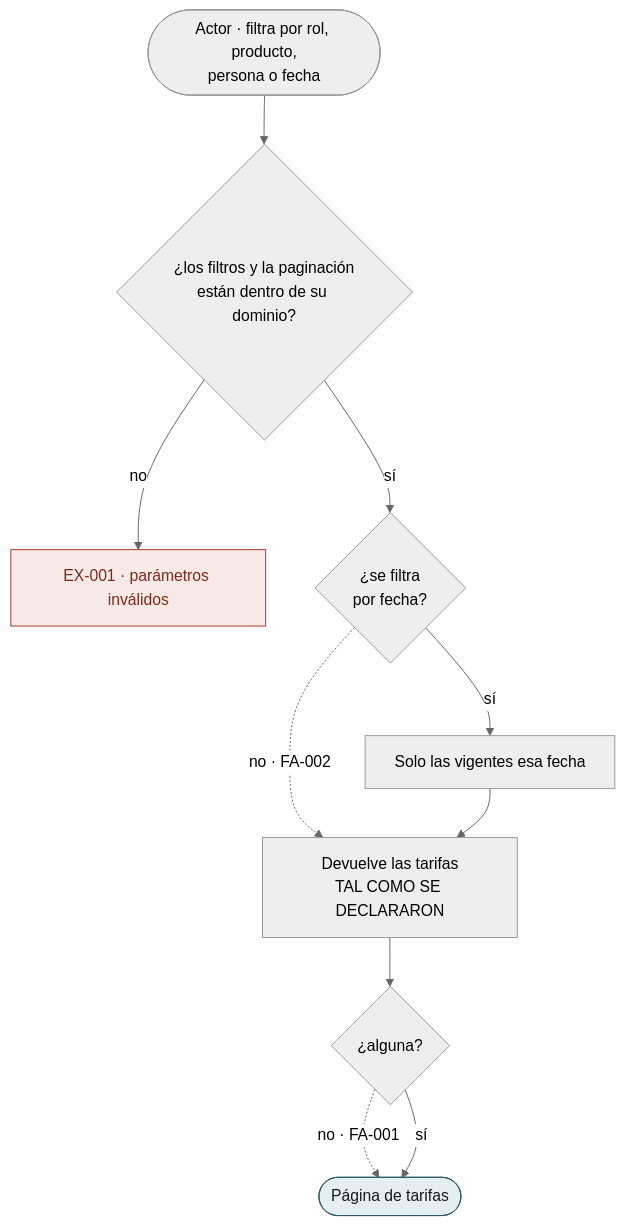
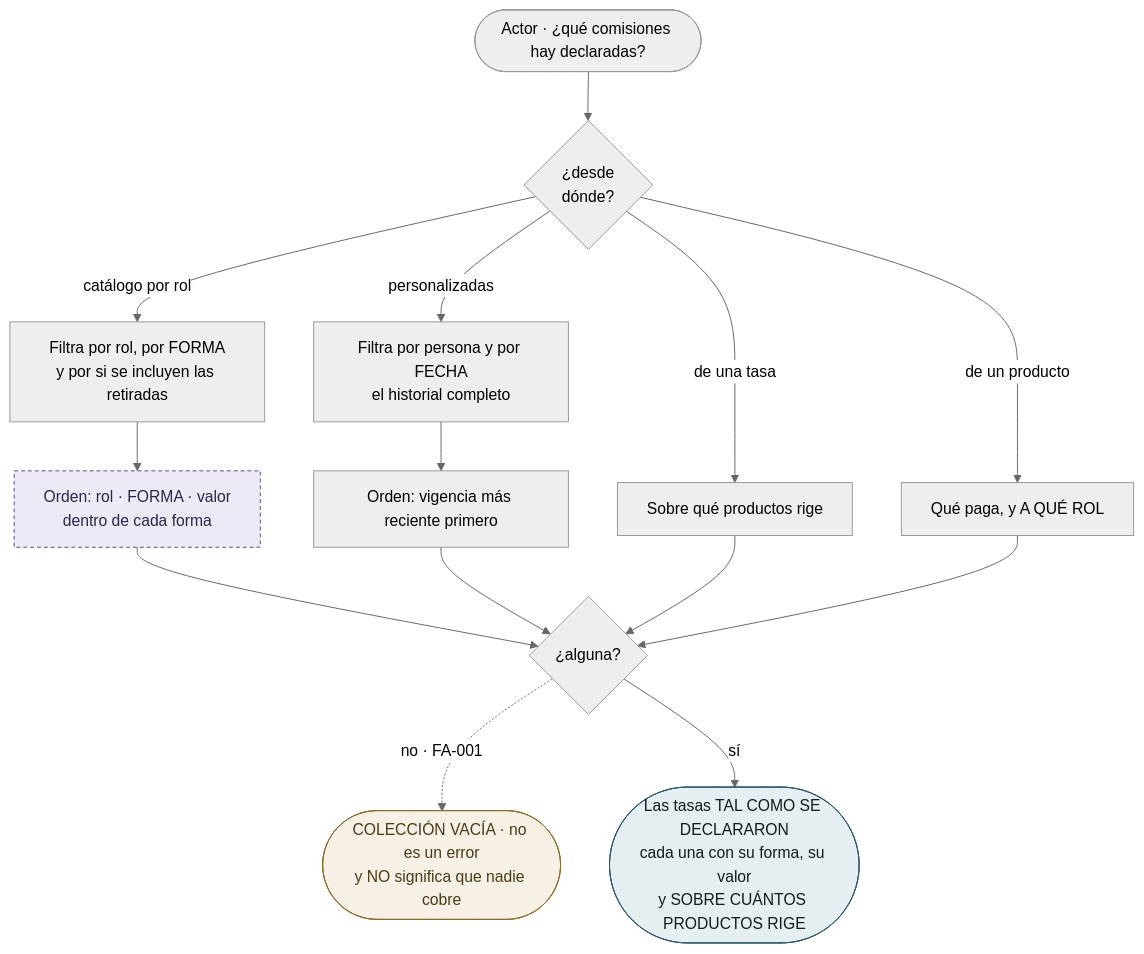
Before and after one commit to NexusPro-Dev/backend: the ninth of 10 diagrams in docs/flujos/cm/flujos-por-caso.md, drawn with Mermaid (neutral theme). The commit also changed other lines of this file and 63 other files, not shown here.

````diff
--- a/docs/flujos/cm/flujos-por-caso.md
+++ b/docs/flujos/cm/flujos-por-caso.md
@@ -151,18 +342,24 @@
 ```mermaid
 flowchart TD
-    A(["Actor · filtra por rol, producto,<br/>persona o fecha"])
-    A --> V1{"¿los filtros y la paginación<br/>están dentro de su dominio?"}
-    V1 -->|no| E1["EX-001 · parámetros inválidos"]
-    V1 -->|sí| D1{"¿se filtra<br/>por fecha?"}
-    D1 -.->|"no · FA-002"| P1
-    D1 -->|sí| P2["Solo las vigentes esa fecha"]
-    P2 --> P1["Devuelve las tarifas<br/>TAL COMO SE DECLARARON"]
-    P1 --> D2{"¿alguna?"}
-    D2 -.->|"no · FA-001"| FIN
-    D2 -->|sí| FIN(["Página de tarifas"])
+    A(["Actor · ¿qué comisiones hay declaradas?"])
+    A --> D0{"¿desde<br/>dónde?"}
+    D0 -->|"catálogo por rol"| C1["Filtra por rol, por FORMA<br/>y por si se incluyen las retiradas"]
+    D0 -->|"personalizadas"| C2["Filtra por persona y por FECHA<br/>el historial completo"]
+    D0 -->|"de una tasa"| C3["Sobre qué productos rige"]
+    D0 -->|"de un producto"| C4["Qué paga, y A QUÉ ROL"]
+    C1 --> P1["Orden: rol · FORMA · valor<br/>dentro de cada forma"]
+    C2 --> P2["Orden: vigencia más reciente primero"]
+    P1 --> D1{"¿alguna?"}
+    P2 --> D1
+    C3 --> D1
+    C4 --> D1
+    D1 -.->|"no · FA-001"| N1(["COLECCIÓN VACÍA · no es un error<br/>y NO significa que nadie cobre"])
+    D1 -->|sí| FIN(["Las tasas TAL COMO SE DECLARARON<br/>cada una con su forma, su valor<br/>y SOBRE CUÁNTOS PRODUCTOS RIGE"])
 
-    classDef ex fill:#F7E9E5,stroke:#A33B2A,color:#7A2B1E
     classDef ok fill:#E5EEF0,stroke:#2D5A6B,color:#141B1E
-    class E1 ex
+    classDef gris fill:#F7F0E5,stroke:#8A6D2A,color:#4A3A16
+    classDef nuevo fill:#EDE9F7,stroke:#5B4A8A,color:#2E2547,stroke-dasharray: 4 3
     class FIN ok
+    class N1 gris
+    class P1 nuevo
 ```
````
